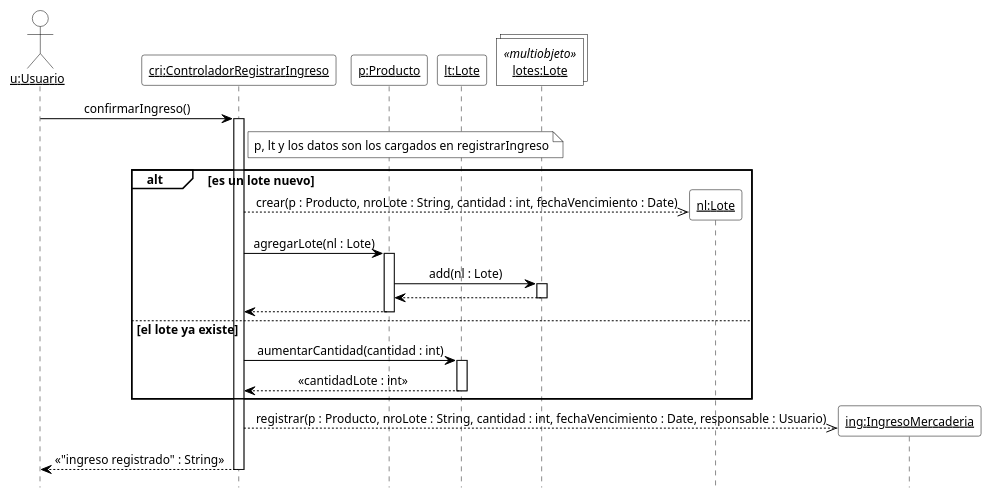
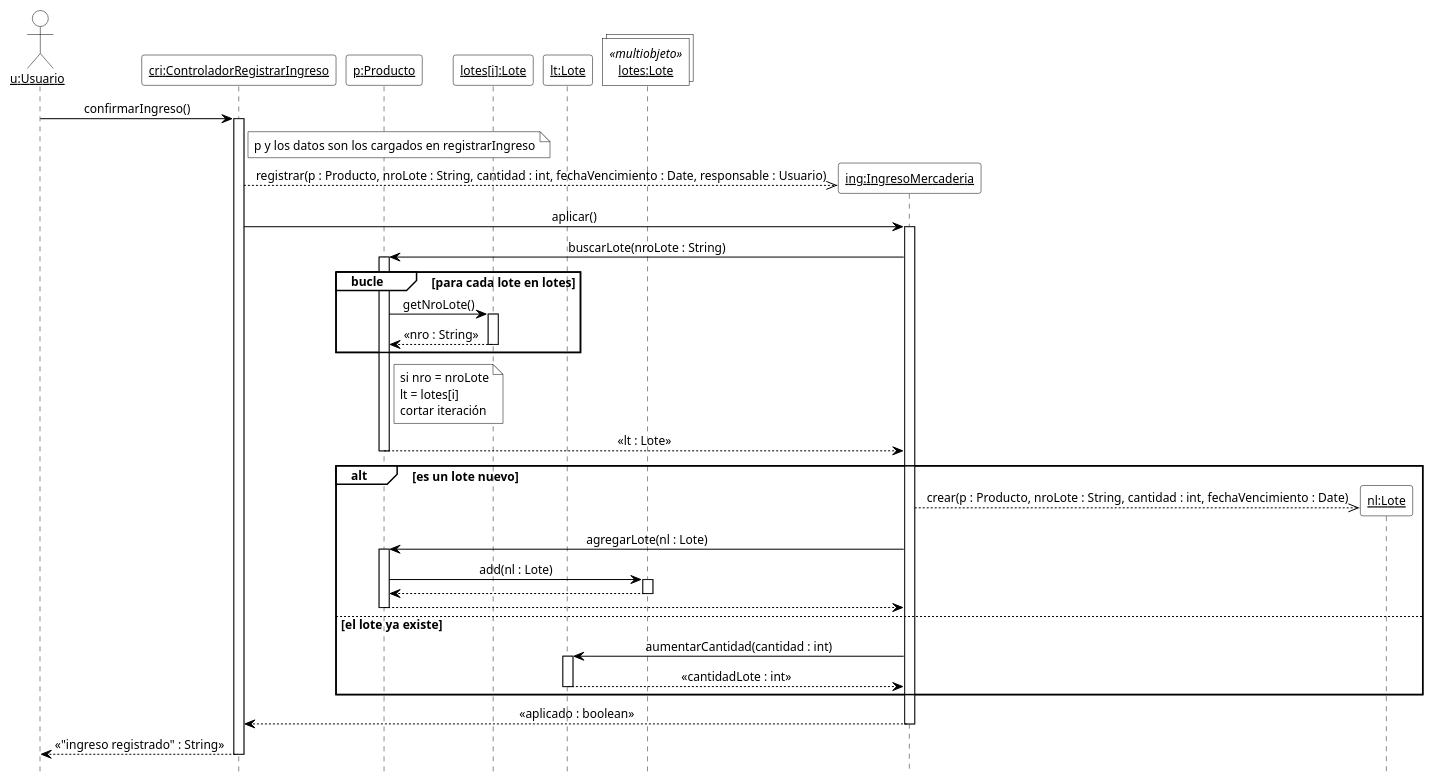
One commit to cirotop/Stock-Project changed diagram 11 of 18 in 08-Diagrama De Secuencia/Diagramas_de_Secuencia.md. Above: the diagram before and after it, drawn with PlantUML. The commit also changed other lines of this file and 7 other files, not shown here.

````diff
--- a/08-Diagrama De Secuencia/Diagramas_de_Secuencia.md
+++ b/08-Diagrama De Secuencia/Diagramas_de_Secuencia.md
@@ -734,49 +734,63 @@
 ```plantuml
 @startuml DSD_CU-05_confirmarIngreso
 ' Diagrama de Secuencia de Diseño (DSD) - CU-05 Registrar ingreso de mercadería - confirmarIngreso
 ' Estilo de los ejemplos de la teoría (introducirArticulo / crearNuevaVenta).
 hide footbox
 skinparam shadowing false
 skinparam defaultFontName Arial
 skinparam defaultFontSize 12
 skinparam sequenceMessageAlign center
 skinparam ArrowColor black
 skinparam ParticipantBackgroundColor white
 skinparam ParticipantBorderColor black
 skinparam CollectionsBackgroundColor white
 skinparam CollectionsBorderColor black
 skinparam ActorBackgroundColor white
 skinparam ActorBorderColor black
 skinparam LifeLineBorderColor black
 skinparam LifeLineBackgroundColor white
 skinparam SequenceGroupBackgroundColor white
 skinparam SequenceGroupBorderColor black
 skinparam SequenceGroupHeaderFontColor black
 skinparam NoteBackgroundColor white
 skinparam NoteBorderColor black
 
 actor "<u>u:Usuario</u>" as u
 participant "<u>cri:ControladorRegistrarIngreso</u>" as cri
 participant "<u>p:Producto</u>" as p
+participant "<u>lotes[i]:Lote</u>" as li
 participant "<u>lt:Lote</u>" as lt
 collections "<u>lotes:Lote</u>" as ml <<multiobjeto>>
 
 u -> cri ++ : confirmarIngreso()
-note right of cri : p, lt y los datos son los cargados en registrarIngreso
+note right of cri : p y los datos son los cargados en registrarIngreso
+create participant "<u>ing:IngresoMercaderia</u>" as ing
+cri -->> ing : registrar(p : Producto, nroLote : String, cantidad : int, fechaVencimiento : Date, responsable : Usuario)
+cri -> ing ++ : aplicar()
+ing -> p ++ : buscarLote(nroLote : String)
+group bucle [para cada lote en lotes]
+  p -> li ++ : getNroLote()
+  li --> p -- : «nro : String»
+end
+note right of p
+  si nro = nroLote
+  lt = lotes[i]
+  cortar iteración
+end note
+p --> ing -- : «lt : Lote»
 alt es un lote nuevo
   create participant "<u>nl:Lote</u>" as nl
-  cri -->> nl : crear(p : Producto, nroLote : String, cantidad : int, fechaVencimiento : Date)
-  cri -> p ++ : agregarLote(nl : Lote)
+  ing -->> nl : crear(p : Producto, nroLote : String, cantidad : int, fechaVencimiento : Date)
+  ing -> p ++ : agregarLote(nl : Lote)
   p -> ml ++ : add(nl : Lote)
   ml --> p --
-  p --> cri --
+  p --> ing --
 else el lote ya existe
-  cri -> lt ++ : aumentarCantidad(cantidad : int)
-  lt --> cri -- : «cantidadLote : int»
+  ing -> lt ++ : aumentarCantidad(cantidad : int)
+  lt --> ing -- : «cantidadLote : int»
 end
-create participant "<u>ing:IngresoMercaderia</u>" as ing
-cri -->> ing : registrar(p : Producto, nroLote : String, cantidad : int, fechaVencimiento : Date, responsable : Usuario)
+ing --> cri -- : «aplicado : boolean»
 cri --> u -- : «"ingreso registrado" : String»
 
 @enduml
 ```
````
